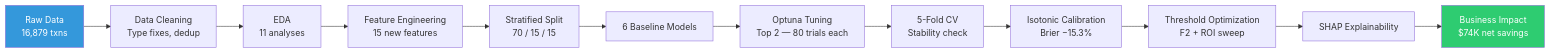
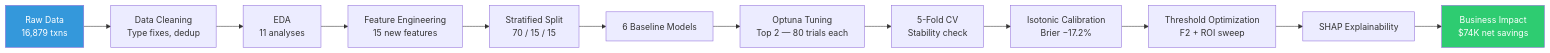
Before and after one commit to marianunez-data/fraud-transaction-ecommerce: the diagram in README.md, drawn with Mermaid. The commit also changed other lines of this file and 25 other files, not shown here.

````diff
--- a/README.md
+++ b/README.md
@@ -29,17 +29,17 @@
 ```mermaid
 graph LR
     A[Raw Data<br/>16,879 txns] --> B[Data Cleaning<br/>Type fixes, dedup]
     B --> C[EDA<br/>11 analyses]
     C --> D[Feature Engineering<br/>15 new features]
     D --> E[Stratified Split<br/>70 / 15 / 15]
     E --> F[6 Baseline Models]
     F --> G[Optuna Tuning<br/>Top 2 — 80 trials each]
     G --> H[5-Fold CV<br/>Stability check]
-    H --> I[Isotonic Calibration<br/>Brier −15.3%]
+    H --> I[Isotonic Calibration<br/>Brier −17.2%]
     I --> J[Threshold Optimization<br/>F2 + ROI sweep]
     J --> K[SHAP Explainability]
     K --> L[Business Impact<br/>$74K net savings]
 
     style A fill:#3498db,color:#fff
     style L fill:#2ecc71,color:#fff
 ```
````
